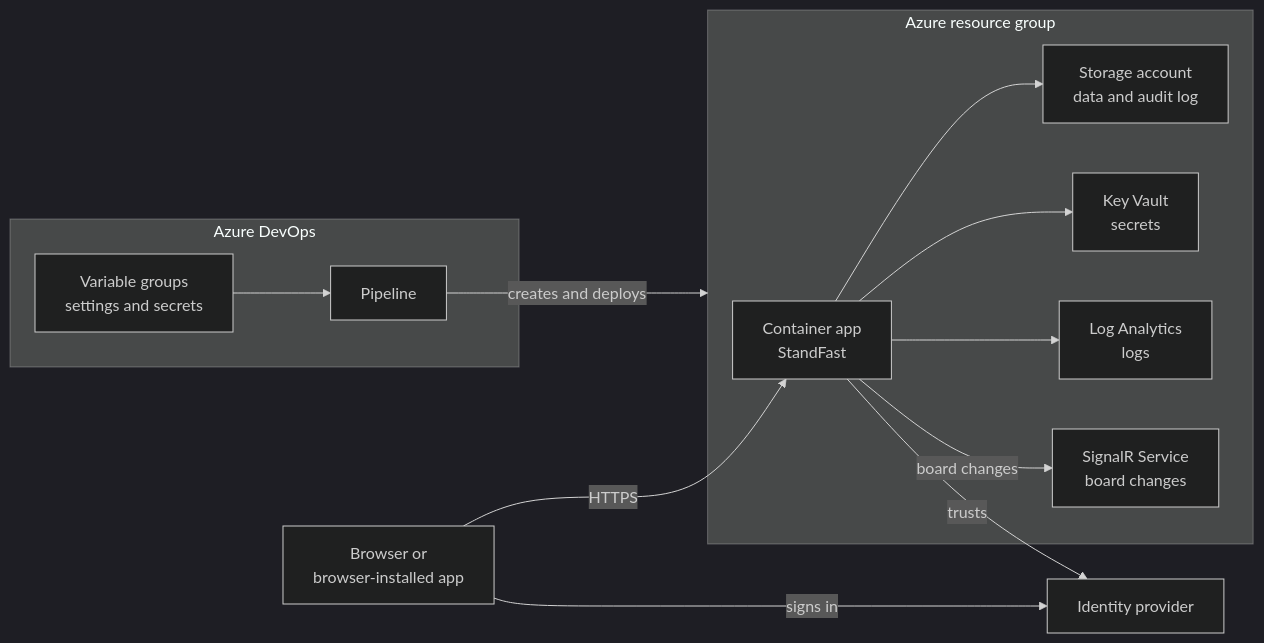
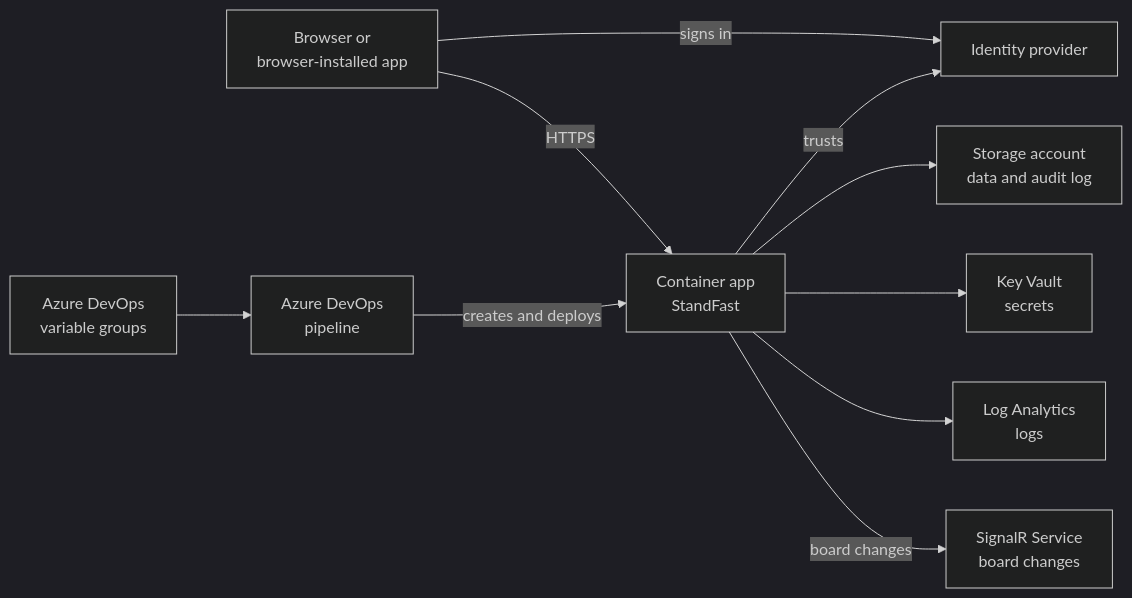
The second of 3 diagrams in README.md (geekfog/StandFast), drawn with Mermaid (dark theme) before and after one commit. The commit also changed other lines of this file, not shown here.

Commit message:
The README's architecture diagram now renders correctly in Typora, and the SignalR action item now covers making the number of SignalR units configurable.

````diff
--- a/README.md
+++ b/README.md
@@ -125,26 +131,22 @@
 ```mermaid
 flowchart LR
     User["Browser or<br/>browser-installed app"]
     IdP["Identity provider"]
-    subgraph DevOps["Azure DevOps"]
-        Groups["Variable groups<br/>settings and secrets"]
-        Pipeline["Pipeline"]
-    end
-    subgraph Azure["Azure resource group"]
-        App["Container app<br/>StandFast"]
-        Storage["Storage account<br/>data and audit log"]
-        Vault["Key Vault<br/>secrets"]
-        Logs["Log Analytics<br/>logs"]
-        SignalR["SignalR Service<br/>board changes"]
-    end
+    Groups["Azure DevOps<br/>variable groups"]
+    Pipeline["Azure DevOps<br/>pipeline"]
+    App["Container app<br/>StandFast"]
+    Storage["Storage account<br/>data and audit log"]
+    Vault["Key Vault<br/>secrets"]
+    Logs["Log Analytics<br/>logs"]
+    SignalR["SignalR Service<br/>board changes"]
 
     User -- HTTPS --> App
     User -- signs in --> IdP
     App -- trusts --> IdP
     App --> Storage
     App --> Vault
     App --> Logs
     App -- board changes --> SignalR
     Groups --> Pipeline
-    Pipeline -- creates and deploys --> Azure
+    Pipeline -- creates and deploys --> App
 ```
````
